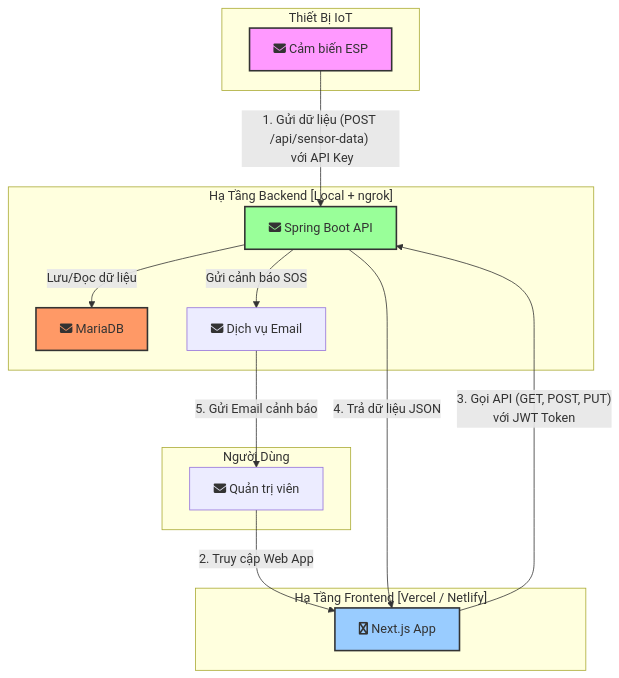
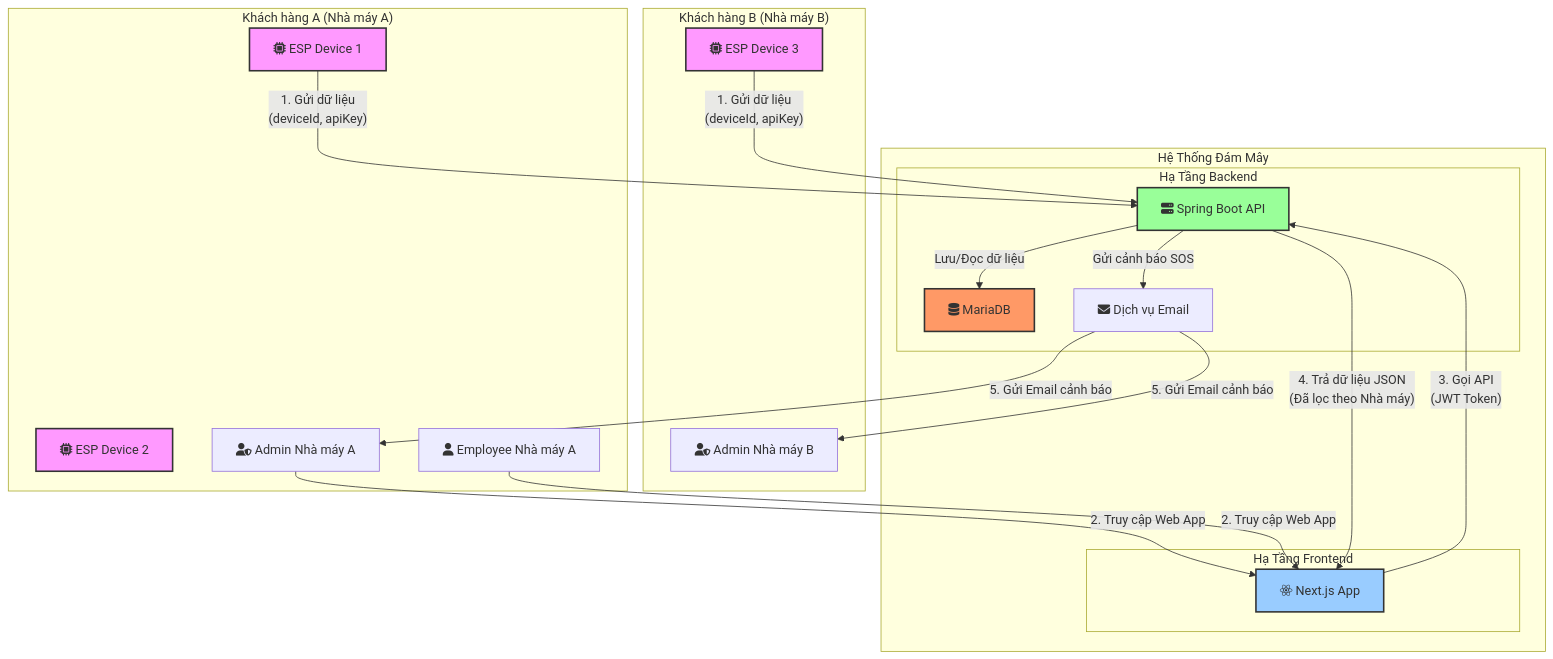
The diagram in docs/03-architecture.md (vuongng2212/Water-Quality-Monitoring-System), drawn with Mermaid before and after one commit. The commit also changed other lines of this file and 2 other files, not shown here.

Commit message:
feat(docs): implement multi-tenancy architecture changes

````diff
--- a/docs/03-architecture.md
+++ b/docs/03-architecture.md
@@ -23,35 +23,49 @@
 ```mermaid
 graph TD
-    subgraph "Thiết Bị IoT"
-        ESP[<i class='fa fa-envelope'></i> Cảm biến ESP]
+    subgraph "Khách hàng A (Nhà máy A)"
+        DeviceA1[<i class='fa fa-microchip'></i> ESP Device 1]
+        DeviceA2[<i class='fa fa-microchip'></i> ESP Device 2]
+        AdminA[<i class='fa fa-user-shield'></i> Admin Nhà máy A]
+        EmployeeA[<i class='fa fa-user'></i> Employee Nhà máy A]
     end
 
-    subgraph "Hạ Tầng Backend [Local + ngrok]"
-        Backend[<i class='fa fa-envelope'></i> Spring Boot API]
-        DB[<i class='fa fa-envelope'></i> MariaDB]
-        EmailService[<i class='fa fa-envelope'></i> Dịch vụ Email]
-        
-        Backend -- "Lưu/Đọc dữ liệu" --> DB
-        Backend -- "Gửi cảnh báo SOS" --> EmailService
+    subgraph "Khách hàng B (Nhà máy B)"
+        DeviceB1[<i class='fa fa-microchip'></i> ESP Device 3]
+        AdminB[<i class='fa fa-user-shield'></i> Admin Nhà máy B]
     end
+    
+    subgraph "Hệ Thống Đám Mây"
+        subgraph "Hạ Tầng Backend"
+            Backend[<i class='fa fa-server'></i> Spring Boot API]
+            DB[<i class='fa fa-database'></i> MariaDB]
+            EmailService[<i class='fa fa-envelope'></i> Dịch vụ Email]
+            
+            Backend -- "Lưu/Đọc dữ liệu" --> DB
+            Backend -- "Gửi cảnh báo SOS" --> EmailService
+        end
 
-    subgraph "Hạ Tầng Frontend [Vercel / Netlify]"
-        WebApp[<i class='fab  fa-envelope'></i> Next.js App]
-    end
-
-    subgraph "Người Dùng"
-        Admin[<i class='fa  fa-envelope'></i> Quản trị viên]
+        subgraph "Hạ Tầng Frontend"
+            WebApp[<i class='fab fa-react'></i> Next.js App]
+        end
     end
 
     %% Luồng dữ liệu và tương tác
-    ESP -- "1. Gửi dữ liệu (POST /api/sensor-data) <br/> với API Key" --> Backend
-    Admin -- "2. Truy cập Web App" --> WebApp
-    WebApp -- "3. Gọi API (GET, POST, PUT) <br/> với JWT Token" --> Backend
-    Backend -- "4. Trả dữ liệu JSON" --> WebApp
-    EmailService -- "5. Gửi Email cảnh báo" --> Admin
+    DeviceA1 -- "1. Gửi dữ liệu <br/> (deviceId, apiKey)" --> Backend
+    DeviceB1 -- "1. Gửi dữ liệu <br/> (deviceId, apiKey)" --> Backend
+    
+    AdminA -- "2. Truy cập Web App" --> WebApp
+    EmployeeA -- "2. Truy cập Web App" --> WebApp
+    
+    WebApp -- "3. Gọi API <br/> (JWT Token)" --> Backend
+    Backend -- "4. Trả dữ liệu JSON <br/> (Đã lọc theo Nhà máy)" --> WebApp
+    
+    EmailService -- "5. Gửi Email cảnh báo" --> AdminA
+    EmailService -- "5. Gửi Email cảnh báo" --> AdminB
 
-    style ESP fill:#f9f,stroke:#333,stroke-width:2px
+    style DeviceA1 fill:#f9f,stroke:#333,stroke-width:2px
+    style DeviceA2 fill:#f9f,stroke:#333,stroke-width:2px
+    style DeviceB1 fill:#f9f,stroke:#333,stroke-width:2px
     style WebApp fill:#9cf,stroke:#333,stroke-width:2px
     style Backend fill:#9f9,stroke:#333,stroke-width:2px
     style DB fill:#f96,stroke:#333,stroke-width:2px
 ```
````
